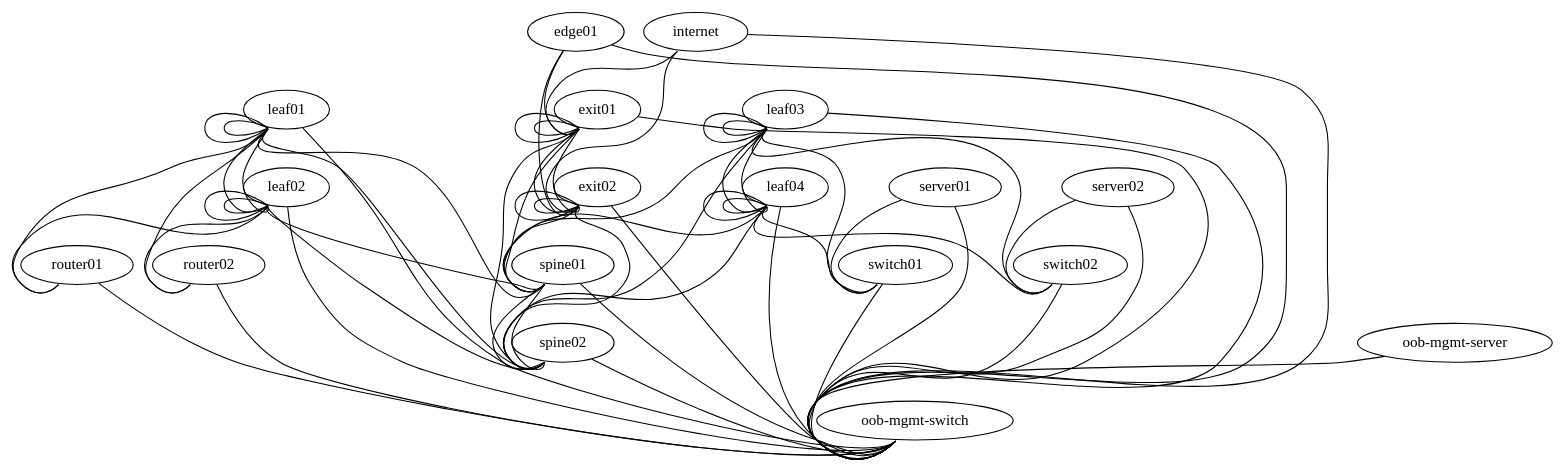
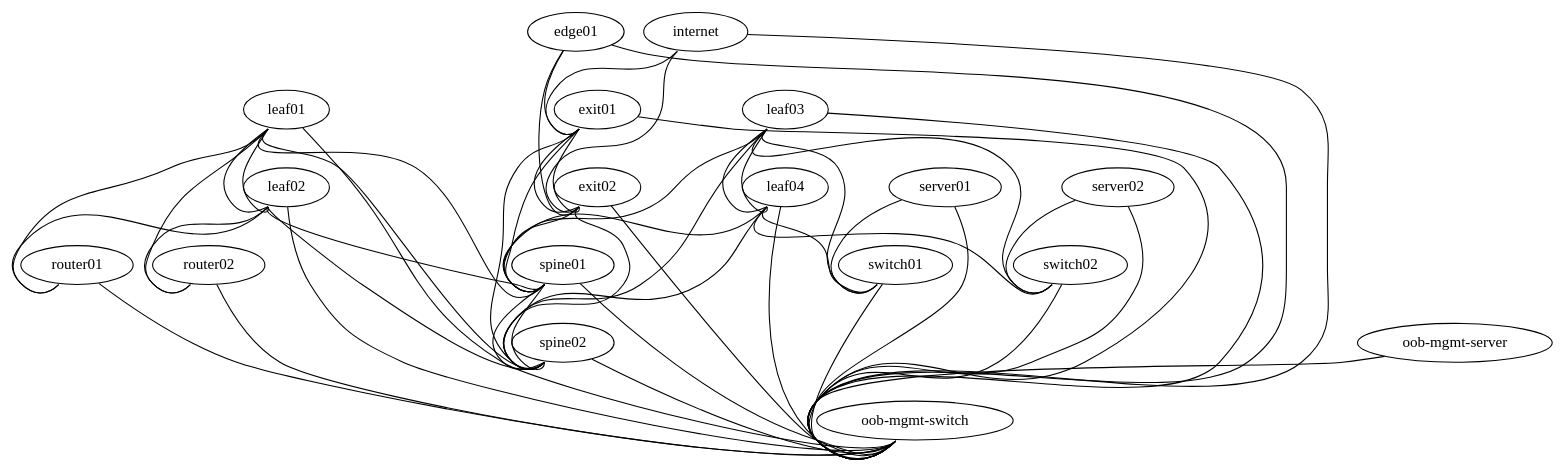
The diagram in topology.dot (mbgoodma/Carrier-PoC), drawn with Graphviz before and after one commit.

Commit message:
Update topology file

```diff
--- a/topology.dot
+++ b/topology.dot
@@ -1,94 +1,81 @@
 graph vx {
  "leaf01" [function="leaf" os="CumulusCommunity/cumulus-vx" version="3.5.3" memory="768" config="./helper_scripts/config_switch.sh" ]
  "leaf02" [function="leaf" os="CumulusCommunity/cumulus-vx" version="3.5.3" memory="768" config="./helper_scripts/config_switch.sh" ]
  "leaf03" [function="leaf" os="CumulusCommunity/cumulus-vx" version="3.5.3" memory="768" config="./helper_scripts/config_switch.sh" ]
  "leaf04" [function="leaf" os="CumulusCommunity/cumulus-vx" version="3.5.3" memory="768" config="./helper_scripts/config_switch.sh" ]
  "switch01" [function="exit" os="CumulusCommunity/cumulus-vx" version="3.5.3" memory="768" config="./helper_scripts/config_switch.sh" ]
  "switch02" [function="exit" os="CumulusCommunity/cumulus-vx" version="3.5.3" memory="768" config="./helper_scripts/config_switch.sh" ]
  "router01" [function="spine" os="CumulusCommunity/cumulus-vx" version="3.5.3" memory="768" config="./helper_scripts/config_switch.sh" ]
  "router02" [function="spine" os="CumulusCommunity/cumulus-vx" version="3.5.3" memory="768" config="./helper_scripts/config_switch.sh" ]
  "spine01" [function="spine" os="CumulusCommunity/cumulus-vx" version="3.5.3" memory="768" config="./helper_scripts/config_switch.sh" ]
  "spine02" [function="spine" os="CumulusCommunity/cumulus-vx" version="3.5.3" memory="768" config="./helper_scripts/config_switch.sh" ]
  "exit01" [function="exit" os="CumulusCommunity/cumulus-vx" version="3.5.3" memory="768" config="./helper_scripts/config_switch.sh" ]
  "exit02" [function="exit" os="CumulusCommunity/cumulus-vx" version="3.5.3" memory="768" config="./helper_scripts/config_switch.sh" ]
  "server01" [function="host" os="yk0/ubuntu-xenial" memory="512" config="./helper_scripts/config_server.sh" ]
  "server02" [function="host" os="yk0/ubuntu-xenial" memory="512" config="./helper_scripts/config_server.sh" ]
  "edge01" [function="host" os="yk0/ubuntu-xenial" memory="768" config="./helper_scripts/config_server.sh" ]
  "internet" [function="internet" vagrant="swp48" os="CumulusCommunity/cumulus-vx" version="3.5.3" memory="768" config="./helper_scripts/config_internet.sh" ]
  "oob-mgmt-switch" [function="oob-switch" vagrant="eth0" os="CumulusCommunity/cumulus-vx" version="3.5.3" memory="768" config="./helper_scripts/config_oob_switch.sh" ]
  "oob-mgmt-server" [function="oob-server" vagrant="eth0" os="CumulusCommunity/vx_oob_server" version="1.0.4" memory="1024" config="./helper_scripts/config_oob_server.sh" ]
 
  "leaf01":"swp51" -- "spine01":"swp1"
  "leaf02":"swp51" -- "spine01":"swp2"
  "leaf03":"swp51" -- "spine01":"swp3"
  "leaf04":"swp51" -- "spine01":"swp4"
  "leaf01":"swp52" -- "spine02":"swp1"
  "leaf02":"swp52" -- "spine02":"swp2"
  "leaf03":"swp52" -- "spine02":"swp3"
  "leaf04":"swp52" -- "spine02":"swp4"
 
  "leaf01":"swp49" -- "leaf02":"swp49"
  "leaf01":"swp50" -- "leaf02":"swp50"
  "leaf03":"swp49" -- "leaf04":"swp49"
  "leaf03":"swp50" -- "leaf04":"swp50"
 
  "leaf01":"swp47" -- "router01":"swp51"
  "leaf02":"swp47" -- "router01":"swp52"
  "leaf01":"swp48" -- "router02":"swp51"
  "leaf02":"swp48" -- "router02":"swp52"
 
  "leaf03":"swp47" -- "switch01":"swp51"
  "leaf04":"swp47" -- "switch01":"swp52"
  "leaf03":"swp48" -- "switch02":"swp51"
  "leaf04":"swp48" -- "switch02":"swp52"
 
  "spine01":"swp31" -- "spine02":"swp31"
  "spine01":"swp32" -- "spine02":"swp32"
  "exit01":"swp49" -- "exit02":"swp49"
  "exit01":"swp50" -- "exit02":"swp50"
 
  "server01":"eth1" -- "switch01":"swp1" [left_mac="00:03:00:11:11:01"]
  "server02":"eth1" -- "switch02":"swp1" [left_mac="00:03:00:22:22:01"]
 
  "exit01":"swp51" -- "spine01":"swp30"
  "exit01":"swp52" -- "spine02":"swp30"
  "exit02":"swp51" -- "spine01":"swp29"
  "exit02":"swp52" -- "spine02":"swp29"
- "exit01":"swp45" -- "exit01":"swp46"
- "exit01":"swp47" -- "exit01":"swp48"
- "exit02":"swp45" -- "exit02":"swp46"
- "exit02":"swp47" -- "exit02":"swp48"
-
- "leaf01":"swp45" -- "leaf01":"swp46"
- "leaf01":"swp47" -- "leaf01":"swp48"
- "leaf02":"swp45" -- "leaf02":"swp46"
- "leaf02":"swp47" -- "leaf02":"swp48"
- "leaf03":"swp45" -- "leaf03":"swp46"
- "leaf03":"swp47" -- "leaf03":"swp48"
- "leaf04":"swp45" -- "leaf04":"swp46"
- "leaf04":"swp47" -- "leaf04":"swp48"
 
  "internet":"swp1" -- "exit01":"swp44"
  "internet":"swp2" -- "exit02":"swp44"
 
  "edge01":"eth1" -- "exit01":"swp1"
  "edge01":"eth2" -- "exit02":"swp1"
 
  "oob-mgmt-server":"eth1" -- "oob-mgmt-switch":"swp1" [right_mac="a0:00:00:00:00:61"]
  "server01":"eth0" -- "oob-mgmt-switch":"swp2" [left_mac="a0:00:00:00:00:31"]
  "server02":"eth0" -- "oob-mgmt-switch":"swp3" [left_mac="a0:00:00:00:00:32"]
  "leaf01":"eth0" -- "oob-mgmt-switch":"swp4" [left_mac="a0:00:00:00:00:11"]
  "leaf02":"eth0" -- "oob-mgmt-switch":"swp5" [left_mac="a0:00:00:00:00:12"]
  "leaf03":"eth0" -- "oob-mgmt-switch":"swp6" [left_mac="a0:00:00:00:00:13"]
  "leaf04":"eth0" -- "oob-mgmt-switch":"swp7" [left_mac="a0:00:00:00:00:14"]
  "spine01":"eth0" -- "oob-mgmt-switch":"swp8" [left_mac="a0:00:00:00:00:21"]
  "spine02":"eth0" -- "oob-mgmt-switch":"swp9" [left_mac="a0:00:00:00:00:22"]
  "exit01":"eth0" -- "oob-mgmt-switch":"swp10" [left_mac="a0:00:00:00:00:41"]
  "exit02":"eth0" -- "oob-mgmt-switch":"swp11" [left_mac="a0:00:00:00:00:42"]
  "edge01":"eth0" -- "oob-mgmt-switch":"swp12" [left_mac="a0:00:00:00:00:51"]
  "internet":"eth0" -- "oob-mgmt-switch":"swp13" [left_mac="a0:00:00:00:00:50"]
  "router01":"eth0" -- "oob-mgmt-switch":"swp14" [left_mac="a0:00:00:00:00:61"]
  "router02":"eth0" -- "oob-mgmt-switch":"swp15" [left_mac="a0:00:00:00:00:62"]
- "switch01":"eth0" -- "oob-mgmt-switch":"swp16" [left_mac="a0:00:00:00:00:11"]
- "switch02":"eth0" -- "oob-mgmt-switch":"swp17" [left_mac="a0:00:00:00:00:12"]
+ "switch01":"eth0" -- "oob-mgmt-switch":"swp16" [left_mac="a0:00:00:00:00:71"]
+ "switch02":"eth0" -- "oob-mgmt-switch":"swp17" [left_mac="a0:00:00:00:00:72"]
 }
```
